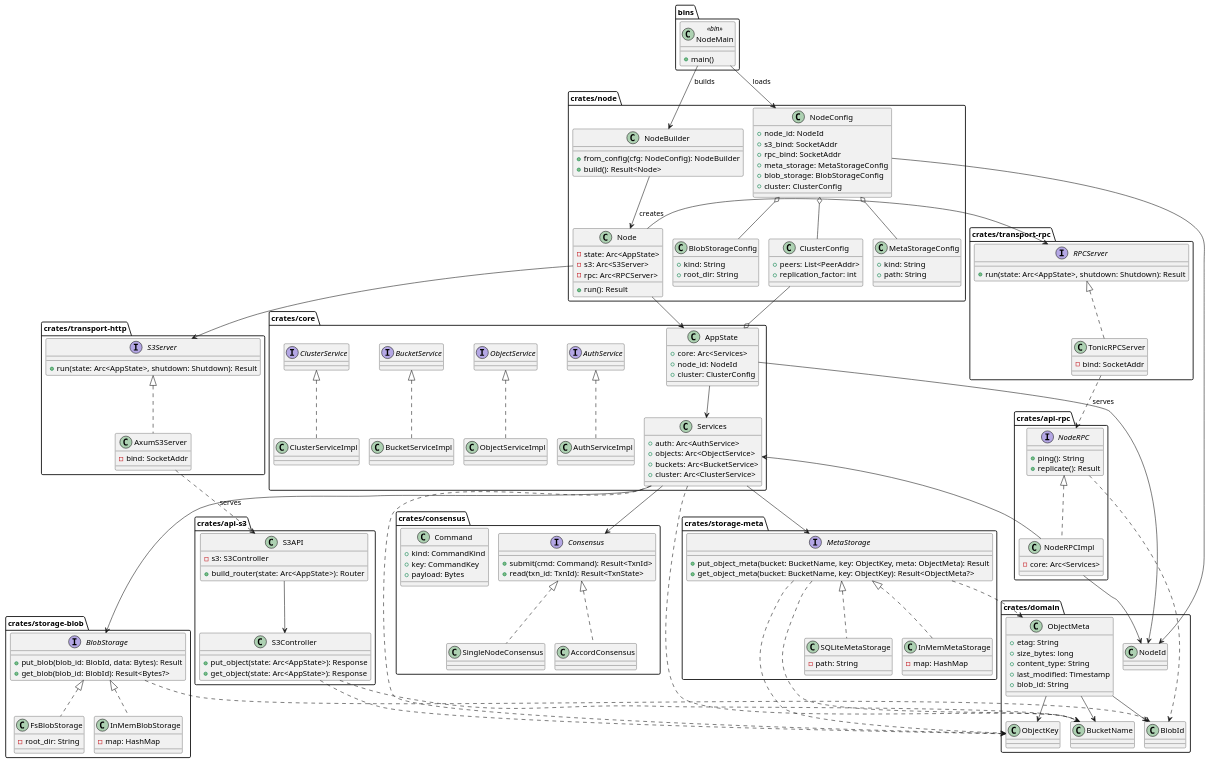
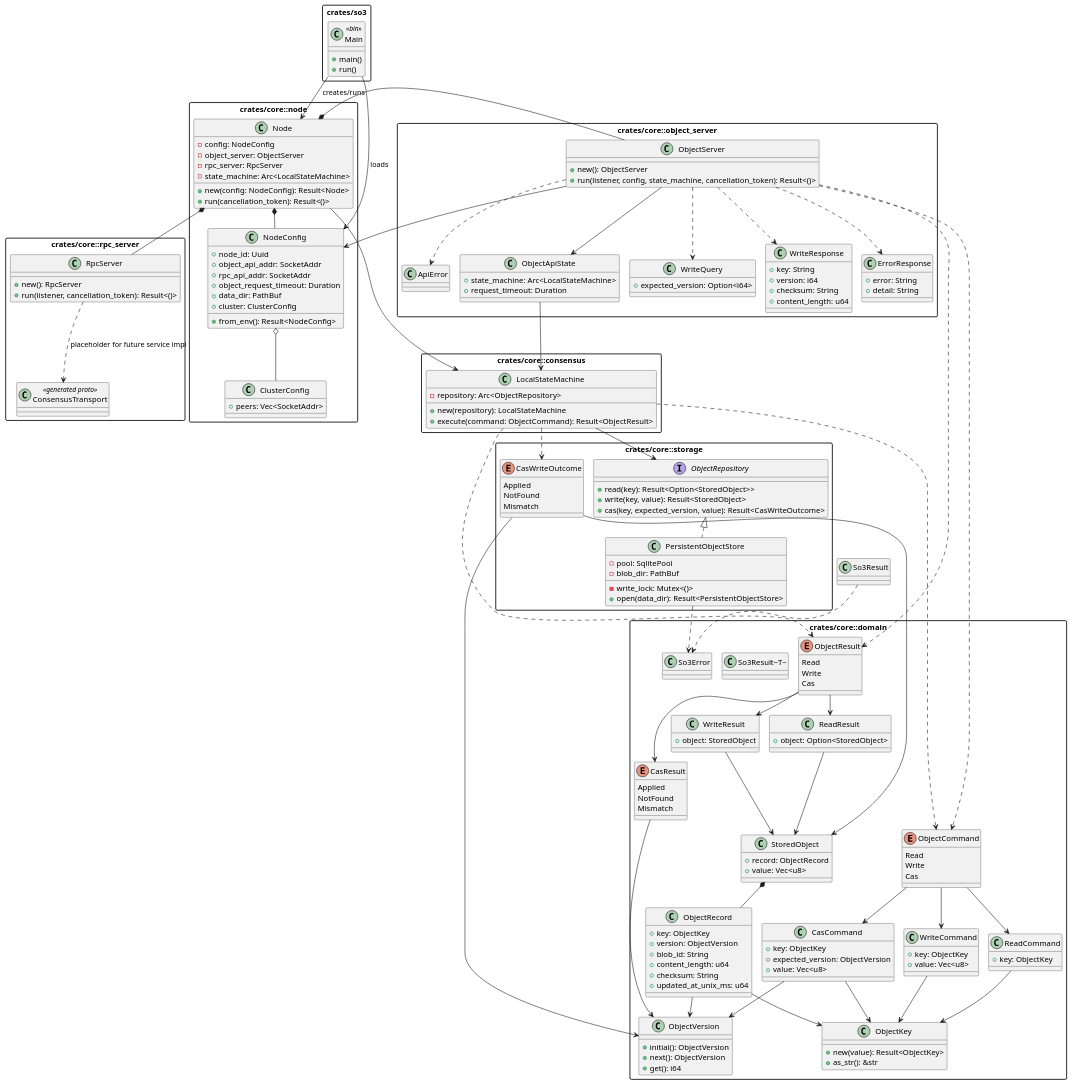
Before and after one commit to Bromles/so3: the diagram in docs/classDiagram.puml, drawn with PlantUML. The commit also changed 29 other files, not shown here.

Commit message:
implement persistent object-store scaffold with HTTP API and tests

```diff
--- a/docs/classDiagram.puml
+++ b/docs/classDiagram.puml
@@ -2,264 +2,228 @@
 !pragma layout smetana
 
 top to bottom direction
+skinparam packageStyle rectangle
 
-package bins {
-    class NodeMain <<bin>> {
+package "crates/so3" {
+    class Main <<bin>> {
         +main()
+        +run()
     }
 }
 
-package "crates/node" {
+package "crates/core::node" {
     class Node {
-        -state: Arc<AppState>
-        -s3: Arc<S3Server>
-        -rpc: Arc<RPCServer>
-        +run(): Result
-    }
-
-    class NodeBuilder {
-        +from_config(cfg: NodeConfig): NodeBuilder
-        +build(): Result<Node>
+        -config: NodeConfig
+        -object_server: ObjectServer
+        -rpc_server: RpcServer
+        -state_machine: Arc<LocalStateMachine>
+        +new(config: NodeConfig): Result<Node>
+        +run(cancellation_token): Result<()>
     }
 
     class NodeConfig {
-        +node_id: NodeId
-        +s3_bind: SocketAddr
-        +rpc_bind: SocketAddr
-        +meta_storage: MetaStorageConfig
-        +blob_storage: BlobStorageConfig
+        +node_id: Uuid
+        +object_api_addr: SocketAddr
+        +rpc_api_addr: SocketAddr
+        +object_request_timeout: Duration
+        +data_dir: PathBuf
         +cluster: ClusterConfig
-    }
-
-    class MetaStorageConfig {
-        +kind: String
-        +path: String
-    }
-
-    class BlobStorageConfig {
-        +kind: String
-        +root_dir: String
+        +from_env(): Result<NodeConfig>
     }
 
     class ClusterConfig {
-        +peers: List<PeerAddr>
-        +replication_factor: int
+        +peers: Vec<SocketAddr>
     }
 }
 
-package "crates/core" {
-    class AppState {
-        +core: Arc<Services>
-        +node_id: NodeId
-        +cluster: ClusterConfig
+package "crates/core::object_server" {
+    class ObjectServer {
+        +new(): ObjectServer
+        +run(listener, config, state_machine, cancellation_token): Result<()>
     }
 
-    class Services {
-        +auth: Arc<AuthService>
-        +objects: Arc<ObjectService>
-        +buckets: Arc<BucketService>
-        +cluster: Arc<ClusterService>
+    class ObjectApiState {
+        +state_machine: Arc<LocalStateMachine>
+        +request_timeout: Duration
     }
 
-    interface AuthService {
-
+    class WriteQuery {
+        +expected_version: Option<i64>
     }
 
-    interface ObjectService {
-
+    class WriteResponse {
+        +key: String
+        +version: i64
+        +checksum: String
+        +content_length: u64
     }
 
-    interface BucketService {
-
+    class ErrorResponse {
+        +error: String
+        +detail: String
     }
 
-    interface ClusterService {
+    class ApiError
+}
 
+package "crates/core::rpc_server" {
+    class RpcServer {
+        +new(): RpcServer
+        +run(listener, cancellation_token): Result<()>
     }
 
-    class AuthServiceImpl {
-
-    }
-
-    class ObjectServiceImpl {
-
-    }
-
-    class BucketServiceImpl {
-
-    }
-
-    class ClusterServiceImpl {
-
-    }
-
-    AuthService <|.. AuthServiceImpl
-    ObjectService <|.. ObjectServiceImpl
-    BucketService <|.. BucketServiceImpl
-    ClusterService <|.. ClusterServiceImpl
+    class ConsensusTransport <<generated proto>>
 }
 
-package "crates/domain" {
-    class NodeId
-    class ObjectMeta {
-        +etag: String
-        +size_bytes: long
-        +content_type: String
-        +last_modified: Timestamp
-        +blob_id: String
-    }
-
-    class BucketName
-    class ObjectKey
-    class BlobId
-}
-
-package "crates/storage-meta" {
-    interface MetaStorage {
-        +put_object_meta(bucket: BucketName, key: ObjectKey, meta: ObjectMeta): Result
-        +get_object_meta(bucket: BucketName, key: ObjectKey): Result<ObjectMeta?>
-    }
-
-    class SQLiteMetaStorage {
-        -path: String
-    }
-
-    class InMemMetaStorage {
-        -map: HashMap
-    }
-
-    MetaStorage <|.. SQLiteMetaStorage
-    MetaStorage <|.. InMemMetaStorage
-}
-
-package "crates/storage-blob" {
-    interface BlobStorage {
-        +put_blob(blob_id: BlobId, data: Bytes): Result
-        +get_blob(blob_id: BlobId): Result<Bytes?>
-    }
-
-    class FsBlobStorage {
-        -root_dir: String
-    }
-
-    class InMemBlobStorage {
-        -map: HashMap
-    }
-
-    BlobStorage <|.. FsBlobStorage
-    BlobStorage <|.. InMemBlobStorage
-}
-
-package "crates/consensus" {
-    interface Consensus {
-        +submit(cmd: Command): Result<TxnId>
-        +read(txn_id: TxnId): Result<TxnState>
-    }
-
-    class Command {
-        +kind: CommandKind
-        +key: CommandKey
-        +payload: Bytes
-    }
-
-    class SingleNodeConsensus
-    class AccordConsensus
-
-    Consensus <|.. SingleNodeConsensus
-    Consensus <|.. AccordConsensus
-}
-
-package "crates/api-s3" {
-    class S3API {
-        -s3: S3Controller
-        +build_router(state: Arc<AppState>): Router
-    }
-
-    class S3Controller {
-        +put_object(state: Arc<AppState>): Response
-        +get_object(state: Arc<AppState>): Response
+package "crates/core::consensus" {
+    class LocalStateMachine {
+        -repository: Arc<ObjectRepository>
+        +new(repository): LocalStateMachine
+        +execute(command: ObjectCommand): Result<ObjectResult>
     }
 }
 
-package "crates/transport-http" {
-    interface S3Server {
-        +run(state: Arc<AppState>, shutdown: Shutdown): Result
+package "crates/core::storage" {
+    interface ObjectRepository {
+        +read(key): Result<Option<StoredObject>>
+        +write(key, value): Result<StoredObject>
+        +cas(key, expected_version, value): Result<CasWriteOutcome>
     }
 
-    class AxumS3Server {
-        -bind: SocketAddr
+    class PersistentObjectStore {
+        -pool: SqlitePool
+        -blob_dir: PathBuf
+        -write_lock: Mutex<()>
+        +open(data_dir): Result<PersistentObjectStore>
     }
 
-    S3Server <|..AxumS3Server
+    enum CasWriteOutcome {
+        Applied
+        NotFound
+        Mismatch
+    }
 }
 
-package "crates/api-rpc" {
-    interface NodeRPC {
-        +ping(): String
-        +replicate(): Result
+package "crates/core::domain" {
+    class So3Error
+    class So3Result~T~
+
+    class ObjectKey {
+        +new(value): Result<ObjectKey>
+        +as_str(): &str
     }
 
-    class NodeRPCImpl {
-        -core: Arc<Services>
+    class ObjectVersion {
+        +initial(): ObjectVersion
+        +next(): ObjectVersion
+        +get(): i64
     }
 
-    NodeRPC <|.. NodeRPCImpl
+    class ObjectRecord {
+        +key: ObjectKey
+        +version: ObjectVersion
+        +blob_id: String
+        +content_length: u64
+        +checksum: String
+        +updated_at_unix_ms: u64
+    }
+
+    class StoredObject {
+        +record: ObjectRecord
+        +value: Vec<u8>
+    }
+
+    enum ObjectCommand {
+        Read
+        Write
+        Cas
+    }
+
+    class ReadCommand {
+        +key: ObjectKey
+    }
+
+    class WriteCommand {
+        +key: ObjectKey
+        +value: Vec<u8>
+    }
+
+    class CasCommand {
+        +key: ObjectKey
+        +expected_version: ObjectVersion
+        +value: Vec<u8>
+    }
+
+    enum ObjectResult {
+        Read
+        Write
+        Cas
+    }
+
+    class ReadResult {
+        +object: Option<StoredObject>
+    }
+
+    class WriteResult {
+        +object: StoredObject
+    }
+
+    enum CasResult {
+        Applied
+        NotFound
+        Mismatch
+    }
 }
 
-package "crates/transport-rpc" {
-    interface RPCServer {
-        +run(state: Arc<AppState>, shutdown: Shutdown): Result
-    }
+Main --> NodeConfig : loads
+Main --> Node : creates/runs
 
-    class TonicRPCServer {
-        -bind: SocketAddr
-    }
-
-    RPCServer <|.. TonicRPCServer
-}
-
-NodeMain --> NodeConfig: loads
-NodeMain --> NodeBuilder: builds
-NodeBuilder --> Node: creates
+Node *-- NodeConfig
+Node *-- ObjectServer
+Node *-- RpcServer
+Node --> LocalStateMachine
 
 NodeConfig o-- ClusterConfig
-NodeConfig o-- MetaStorageConfig
-NodeConfig o-- BlobStorageConfig
-NodeConfig --> NodeId
 
-Node --> AppState
-Node --> S3Server
-Node --> RPCServer
+ObjectServer --> ObjectApiState
+ObjectServer --> NodeConfig
+ObjectApiState --> LocalStateMachine
+ObjectServer ..> WriteQuery
+ObjectServer ..> WriteResponse
+ObjectServer ..> ErrorResponse
+ObjectServer ..> ApiError
+ObjectServer ..> ObjectCommand
+ObjectServer ..> ObjectResult
 
-AppState --> NodeId
-AppState o-- ClusterConfig
+RpcServer ..> ConsensusTransport : placeholder for future service impl
 
-AppState --> Services
-Services --> MetaStorage
-Services --> BlobStorage
-Services --> Consensus
-Services ..> BucketName
-Services ..> ObjectKey
+LocalStateMachine --> ObjectRepository
+LocalStateMachine ..> ObjectCommand
+LocalStateMachine ..> ObjectResult
+LocalStateMachine ..> CasWriteOutcome
 
-ObjectMeta --> BucketName
-ObjectMeta --> ObjectKey
-ObjectMeta --> BlobId
+ObjectRepository <|.. PersistentObjectStore
+PersistentObjectStore ..> So3Error
+So3Result ..> So3Error
 
-MetaStorage ..> BucketName
-MetaStorage ..> ObjectKey
-MetaStorage ..> ObjectMeta
+ObjectCommand --> ReadCommand
+ObjectCommand --> WriteCommand
+ObjectCommand --> CasCommand
+ObjectResult --> ReadResult
+ObjectResult --> WriteResult
+ObjectResult --> CasResult
 
-BlobStorage ..> BlobId
-
-S3API --> S3Controller
-S3Controller ..> BucketName
-S3Controller ..> ObjectKey
-
-AxumS3Server ..> S3API: serves
-
-TonicRPCServer ..> NodeRPC: serves
-NodeRPCImpl --> Services
-NodeRPCImpl --> NodeId
-NodeRPC ..> BlobId
+ObjectRecord --> ObjectKey
+ObjectRecord --> ObjectVersion
+StoredObject *-- ObjectRecord
+ReadCommand --> ObjectKey
+WriteCommand --> ObjectKey
+CasCommand --> ObjectKey
+CasCommand --> ObjectVersion
+CasResult --> ObjectVersion
+WriteResult --> StoredObject
+ReadResult --> StoredObject
+CasWriteOutcome --> StoredObject
+CasWriteOutcome --> ObjectVersion
 
 @enduml
```
